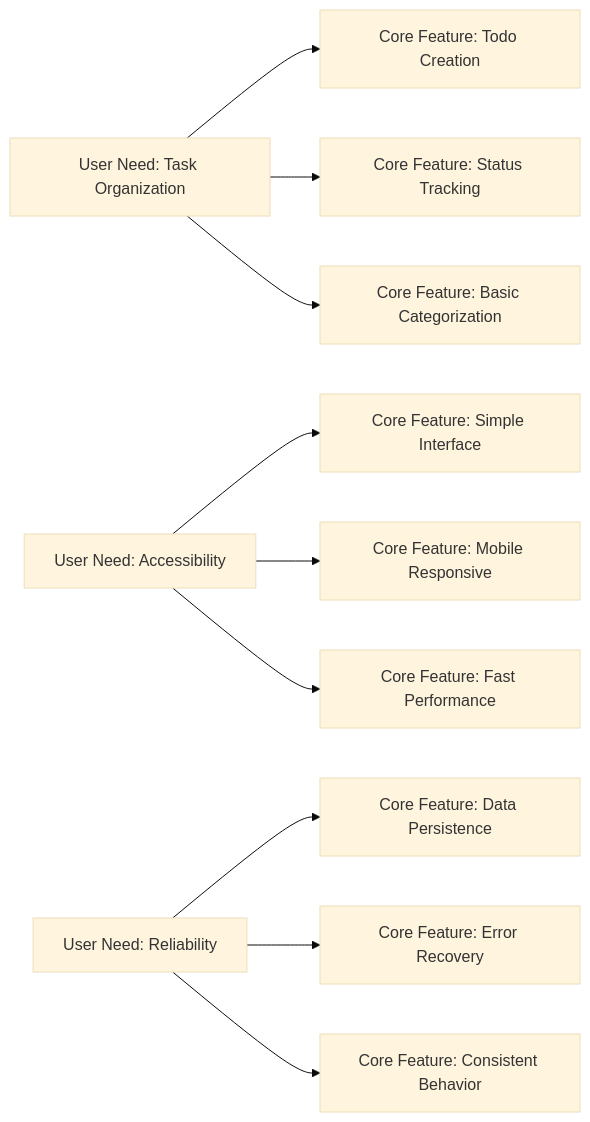
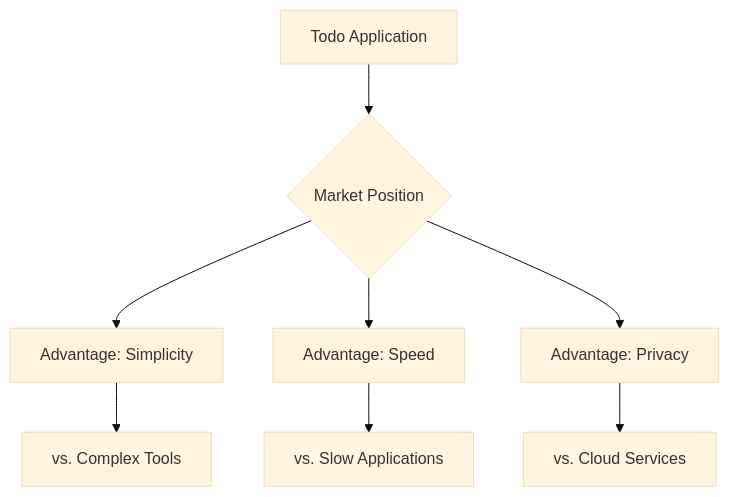
The second of 2 diagrams in deepseek/deepseek-v3.1-terminus-exacto/todo/docs/analysis/01-service-overview.md (wrtnlabs/autobe-examples), drawn with Mermaid (base theme) before and after one commit. The commit also changed other lines of this file and 8017 other files, not shown here.

````diff
--- a/deepseek/deepseek-v3.1-terminus-exacto/todo/docs/analysis/01-service-overview.md
+++ b/deepseek/deepseek-v3.1-terminus-exacto/todo/docs/analysis/01-service-overview.md
@@ -87,14 +137,10 @@
 ```mermaid
-graph LR
-    A["User Need: Task Organization"] --> B["Core Feature: Todo Creation"]
-    A --> C["Core Feature: Status Tracking"]
-    A --> D["Core Feature: Basic Categorization"]
-    
-    E["User Need: Accessibility"] --> F["Core Feature: Simple Interface"]
-    E --> G["Core Feature: Mobile Responsive"]
-    E --> H["Core Feature: Fast Performance"]
-    
-    I["User Need: Reliability"] --> J["Core Feature: Data Persistence"]
-    I --> K["Core Feature: Error Recovery"]
-    I --> L["Core Feature: Consistent Behavior"]
+graph TD
+  A["Todo Application"] --> B{"Market Position"}
+  B --> C["Advantage: Simplicity"]
+  B --> D["Advantage: Speed"]
+  B --> E["Advantage: Privacy"]
+  C --> F["vs. Complex Tools"]
+  D --> G["vs. Slow Applications"]
+  E --> H["vs. Cloud Services"]
 ```
````
